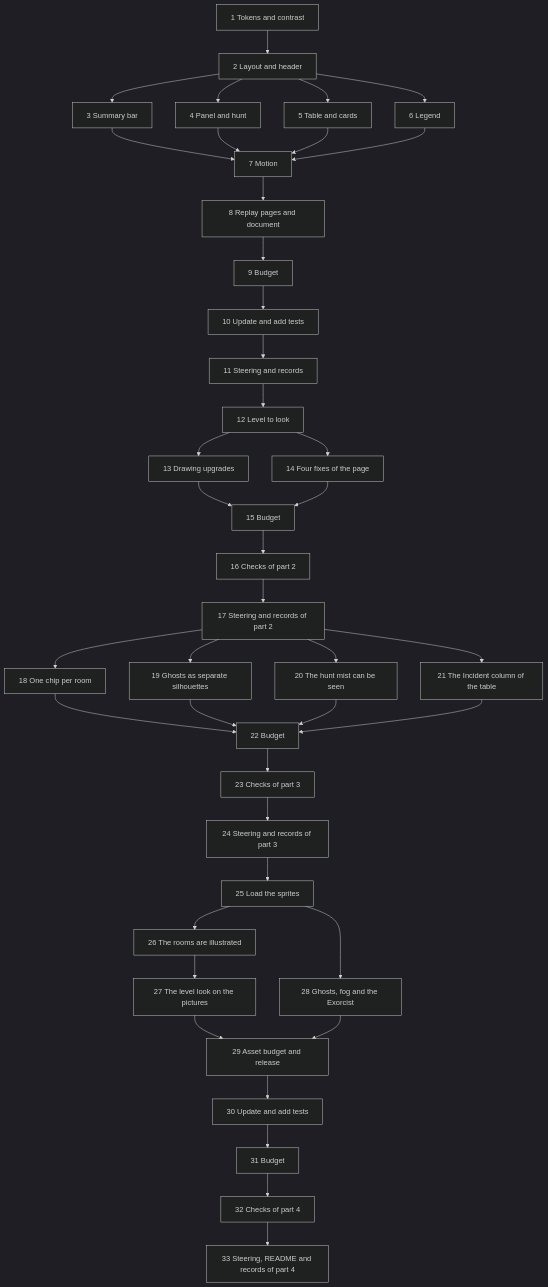
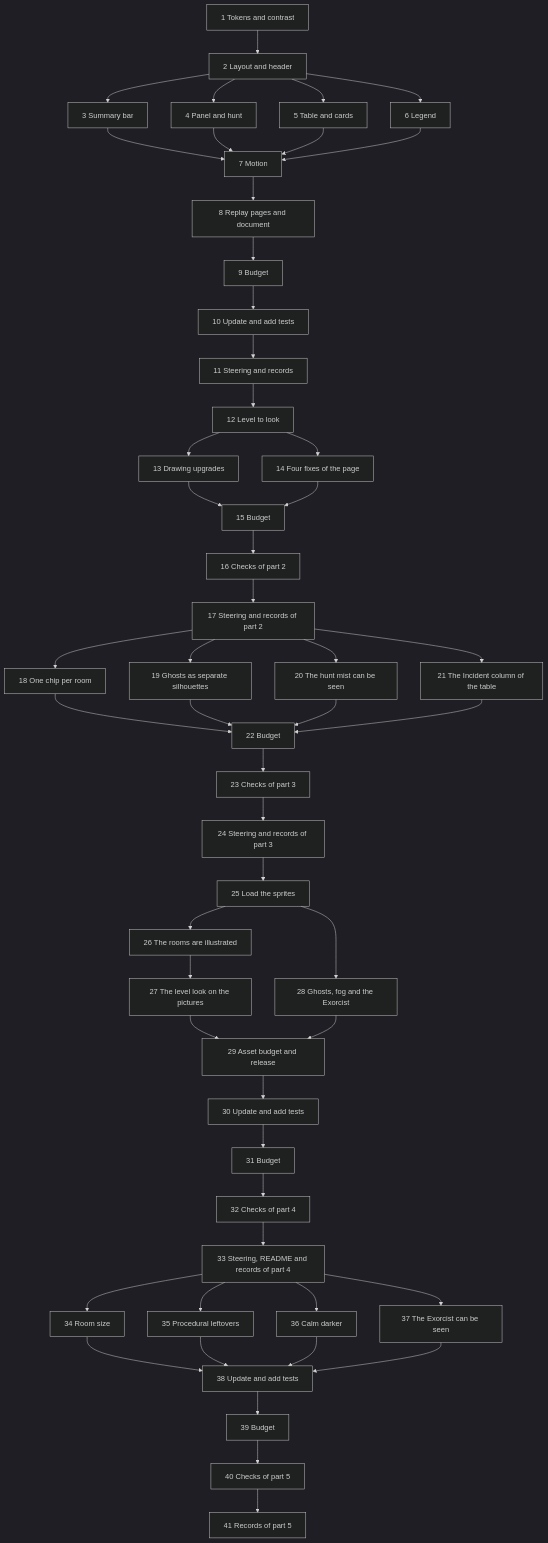
The diagram in .kiro/specs/visual-refresh/tasks.md (Akar-Samudra-Artifisial/Haunted-Ops), drawn with Mermaid (dark theme) before and after one commit. The commit also changed other lines of this file and 9 other files, not shown here.

First line of the commit message:
fix(web): smaller room sprites, hunt marks only on a hunt, visible Exorcist

````diff
--- a/.kiro/specs/visual-refresh/tasks.md
+++ b/.kiro/specs/visual-refresh/tasks.md
@@ -216,43 +245,54 @@
 ```mermaid
 graph TD
   T1[1 Tokens and contrast] --> T2[2 Layout and header]
   T2 --> T3[3 Summary bar]
   T2 --> T4[4 Panel and hunt]
   T2 --> T5[5 Table and cards]
   T2 --> T6[6 Legend]
   T3 --> T7[7 Motion]
   T4 --> T7
   T5 --> T7
   T6 --> T7
   T7 --> T8[8 Replay pages and document]
   T8 --> T9[9 Budget]
   T9 --> T10[10 Update and add tests]
   T10 --> T11[11 Steering and records]
   T11 --> T12[12 Level to look]
   T12 --> T13[13 Drawing upgrades]
   T12 --> T14[14 Four fixes of the page]
   T13 --> T15[15 Budget]
   T14 --> T15
   T15 --> T16[16 Checks of part 2]
   T16 --> T17[17 Steering and records of part 2]
   T17 --> T18[18 One chip per room]
   T17 --> T19[19 Ghosts as separate silhouettes]
   T17 --> T20[20 The hunt mist can be seen]
   T17 --> T21[21 The Incident column of the table]
   T18 --> T22[22 Budget]
   T19 --> T22
   T20 --> T22
   T21 --> T22
   T22 --> T23[23 Checks of part 3]
   T23 --> T24[24 Steering and records of part 3]
   T24 --> T25[25 Load the sprites]
   T25 --> T26[26 The rooms are illustrated]
   T25 --> T28[28 Ghosts, fog and the Exorcist]
   T26 --> T27[27 The level look on the pictures]
   T27 --> T29[29 Asset budget and release]
   T28 --> T29
   T29 --> T30[30 Update and add tests]
   T30 --> T31[31 Budget]
   T31 --> T32[32 Checks of part 4]
   T32 --> T33[33 Steering, README and records of part 4]
+  T33 --> T34[34 Room size]
+  T33 --> T35[35 Procedural leftovers]
+  T33 --> T36[36 Calm darker]
+  T33 --> T37[37 The Exorcist can be seen]
+  T34 --> T38[38 Update and add tests]
+  T35 --> T38
+  T36 --> T38
+  T37 --> T38
+  T38 --> T39[39 Budget]
+  T39 --> T40[40 Checks of part 5]
+  T40 --> T41[41 Records of part 5]
 ```
````
